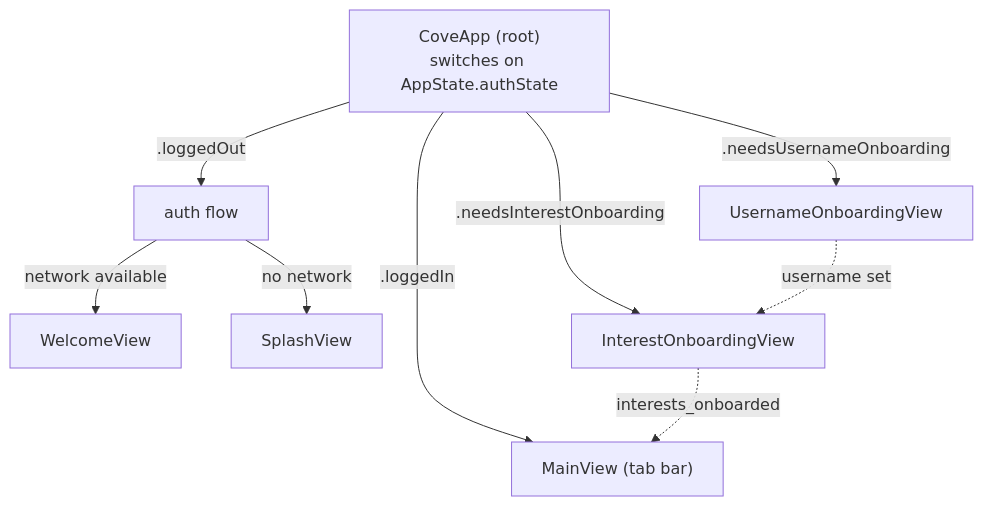
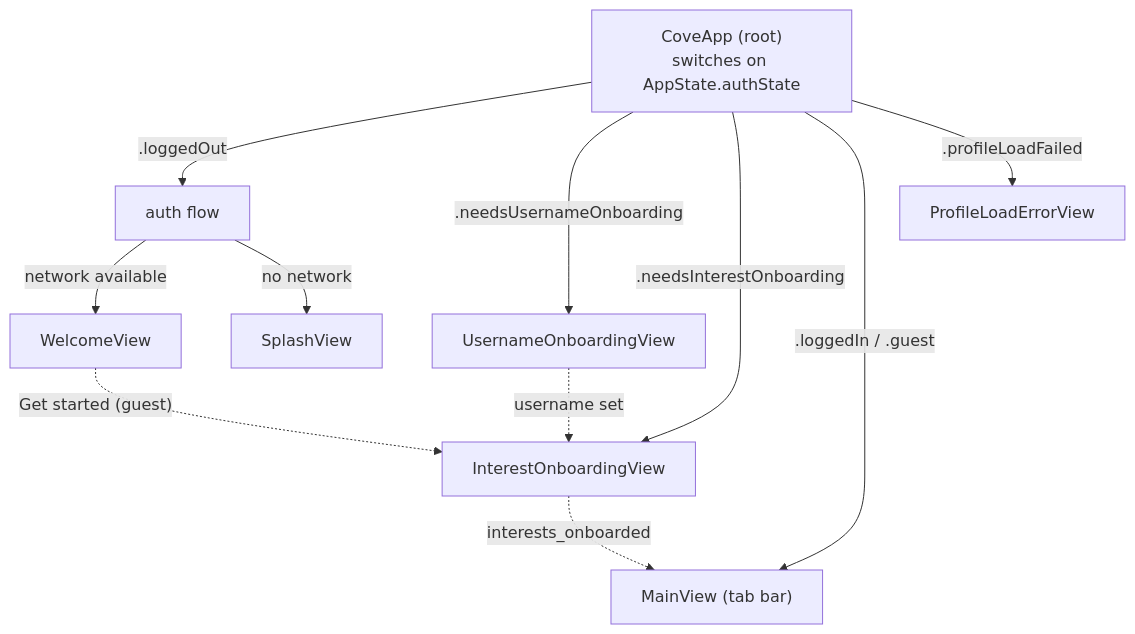
One commit to danicajiao/cove changed the first of 4 diagrams in docs/IOS_APP_ARCHITECTURE.md. Above: the diagram before and after it, drawn with Mermaid. The commit also changed other lines of this file and 44 other files, not shown here.

````diff
--- a/docs/IOS_APP_ARCHITECTURE.md
+++ b/docs/IOS_APP_ARCHITECTURE.md
@@ -58,12 +60,14 @@
 ```mermaid
 flowchart TD
     CoveApp["CoveApp (root)<br/>switches on AppState.authState"]
     CoveApp -->|".loggedOut"| Auth["auth flow"]
     Auth -->|"network available"| Welcome["WelcomeView"]
     Auth -->|"no network"| Splash["SplashView"]
     CoveApp -->|".needsUsernameOnboarding"| UN["UsernameOnboardingView"]
     CoveApp -->|".needsInterestOnboarding"| IO["InterestOnboardingView"]
-    CoveApp -->|".loggedIn"| Main["MainView (tab bar)"]
+    CoveApp -->|".loggedIn / .guest"| Main["MainView (tab bar)"]
+    CoveApp -->|".profileLoadFailed"| Err["ProfileLoadErrorView"]
+    Welcome -.->|"Get started (guest)"| IO
     UN -.->|"username set"| IO
     IO -.->|"interests_onboarded"| Main
 ```
````
